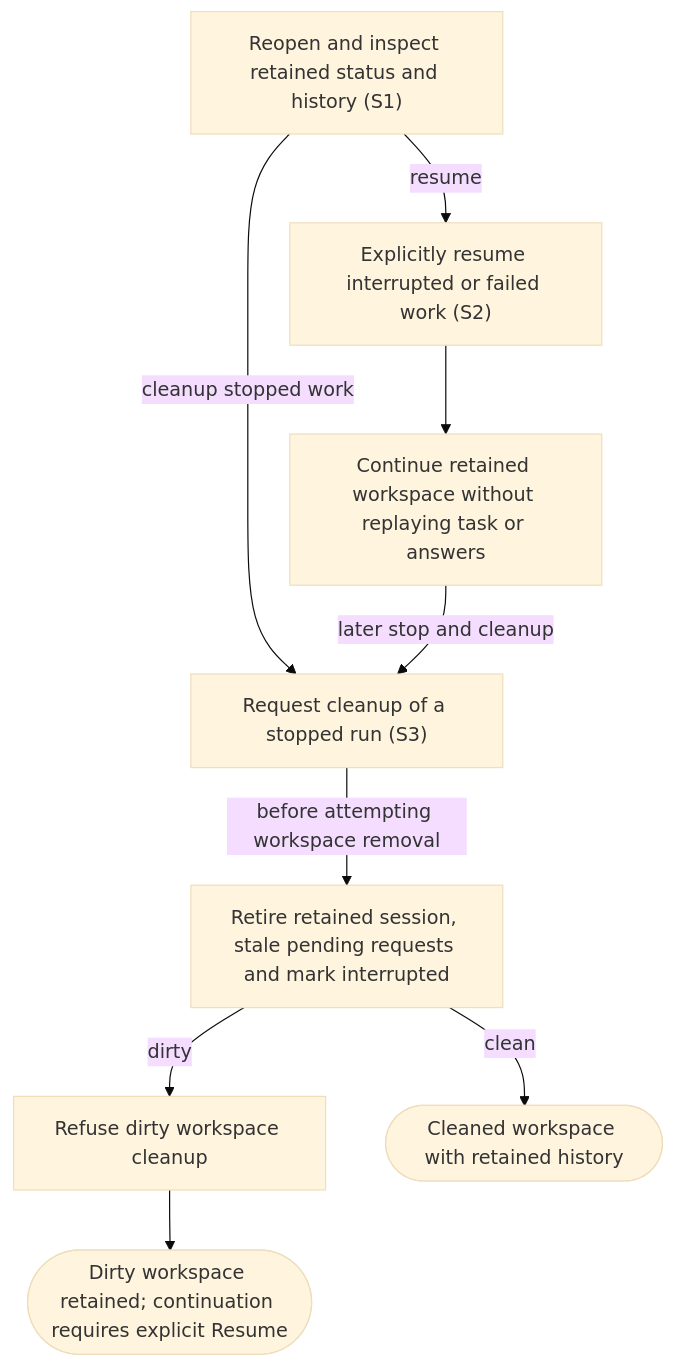
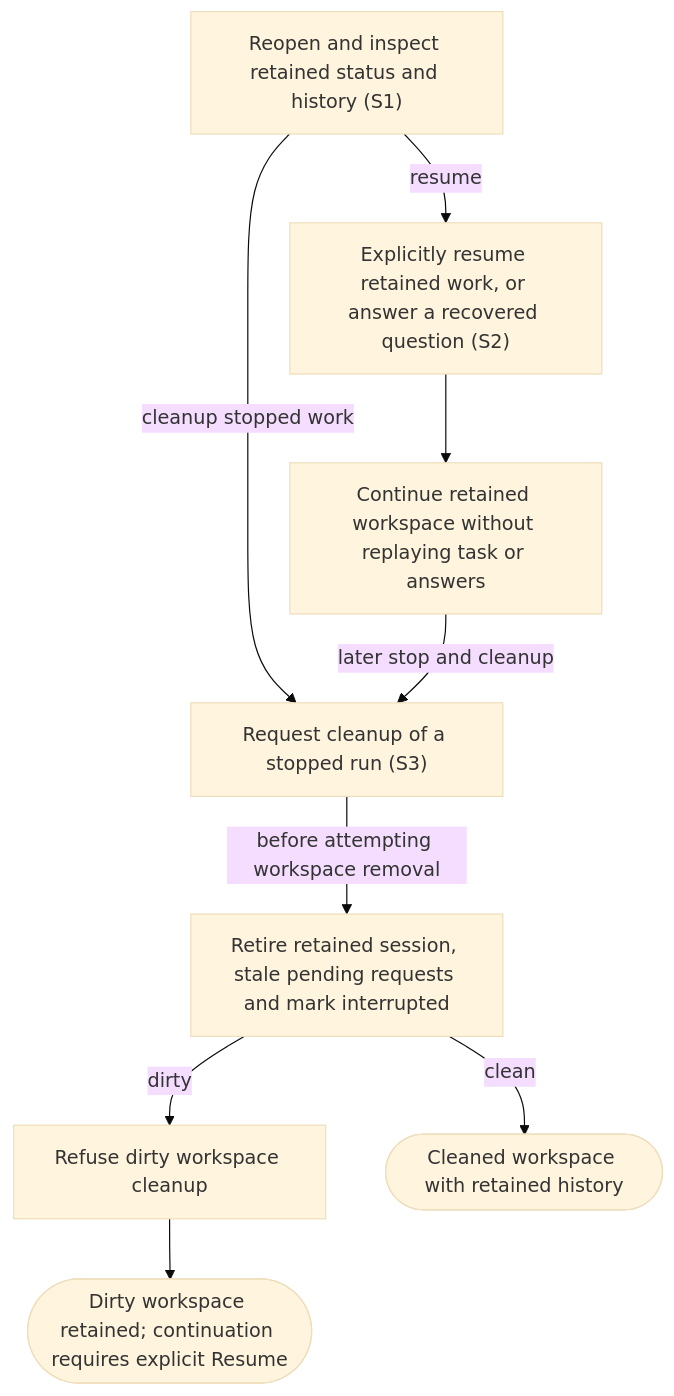
One commit to dk-code-factory/code-factory-plugin changed the diagram in docs/user-flows/recover-cleanup.md. Above: the diagram before and after it, drawn with Mermaid (base theme). The commit also changed other lines of this file and 43 other files, not shown here.

````diff
--- a/docs/user-flows/recover-cleanup.md
+++ b/docs/user-flows/recover-cleanup.md
@@ -36,19 +37,19 @@
 ```mermaid
 flowchart TD
     N0["Reopen and inspect retained status and history #40;S1#41;"]
-    N1["Explicitly resume interrupted or failed work #40;S2#41;"]
+    N1["Explicitly resume retained work, or answer a recovered question #40;S2#41;"]
     N2["Continue retained workspace without replaying task or answers"]
     N3["Request cleanup of a stopped run #40;S3#41;"]
     N4["Refuse dirty workspace cleanup"]
     N5(["Dirty workspace retained#59; continuation requires explicit Resume"])
     N6(["Cleaned workspace with retained history"])
     N7["Retire retained session, stale pending requests and mark interrupted"]
     N0 -->|"resume"| N1
     N1 --> N2
     N0 -->|"cleanup stopped work"| N3
     N2 -->|"later stop and cleanup"| N3
     N7 -->|"dirty"| N4
     N4 --> N5
     N7 -->|"clean"| N6
     N3 -->|"before attempting workspace removal"| N7
 ```
````
